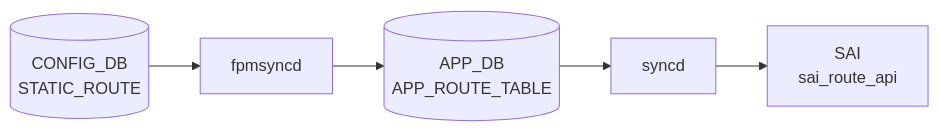
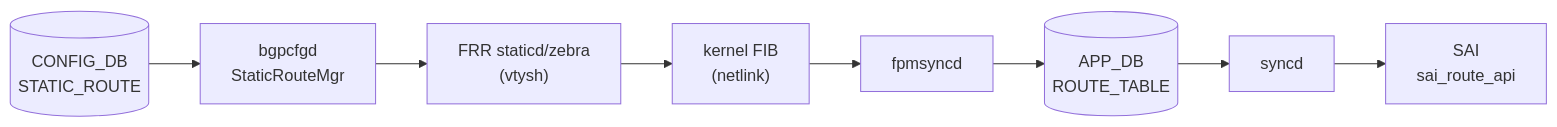
One commit to aoki-taquan/sonic-unofficial-docs changed the diagram in docs/reference/config-db/static-route.md. Above: the diagram before and after it, drawn with Mermaid. The commit also changed 18 other files, not shown here.

````diff
--- a/docs/reference/config-db/static-route.md
+++ b/docs/reference/config-db/static-route.md
@@ -33,12 +33,18 @@
 ```mermaid
 flowchart LR
   CDB[("CONFIG_DB<br/>STATIC_ROUTE")]
+  BGPCFGD["bgpcfgd<br/>StaticRouteMgr"]
+  FRR["FRR staticd/zebra<br/>(vtysh)"]
+  KERNEL["kernel FIB<br/>(netlink)"]
   DM["fpmsyncd"]
-  CDB --> DM
-  APPDB[("APP_DB<br/>APP_ROUTE_TABLE")]
+  CDB --> BGPCFGD
+  BGPCFGD --> FRR
+  FRR --> KERNEL
+  KERNEL --> DM
+  APPDB[("APP_DB<br/>ROUTE_TABLE")]
   DM --> APPDB
   SYNCD["syncd"]
   APPDB --> SYNCD
   SAI["SAI<br/>sai_route_api"]
   SYNCD --> SAI
 ```
````
